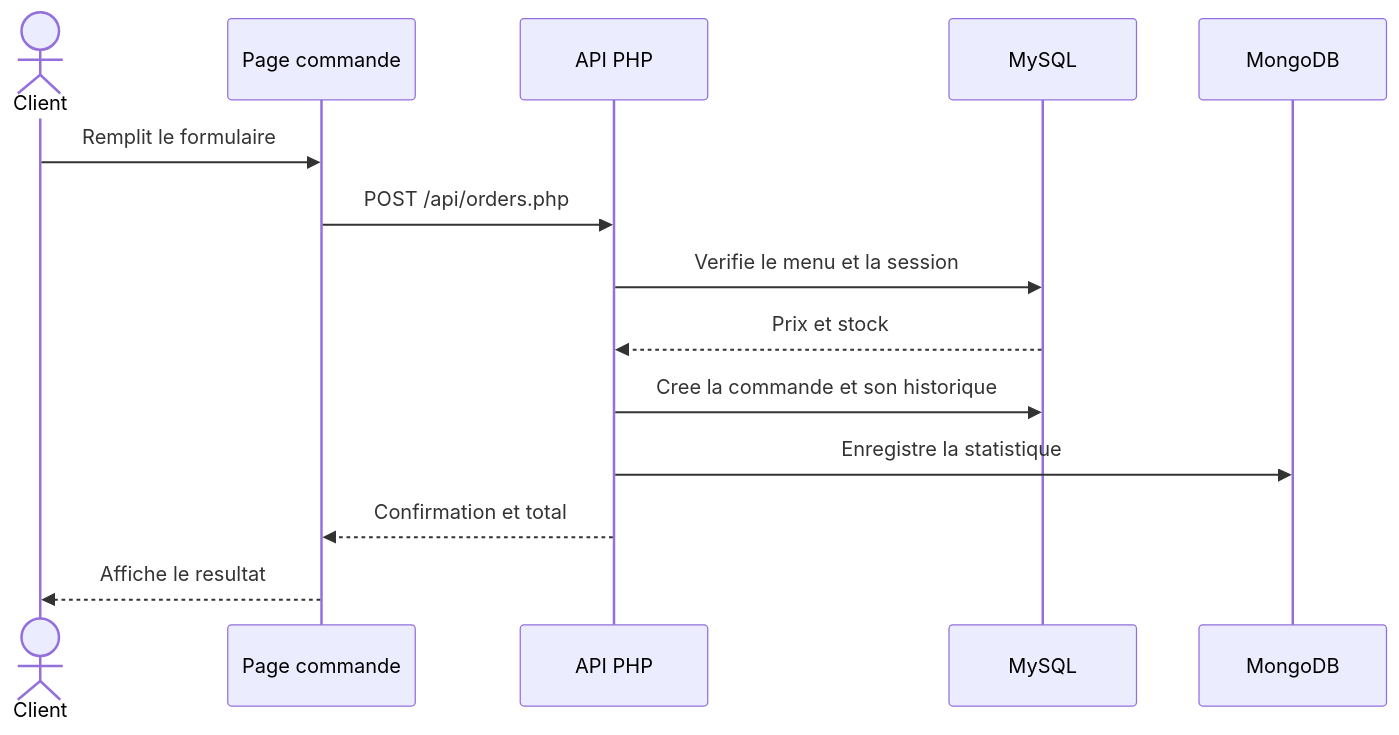
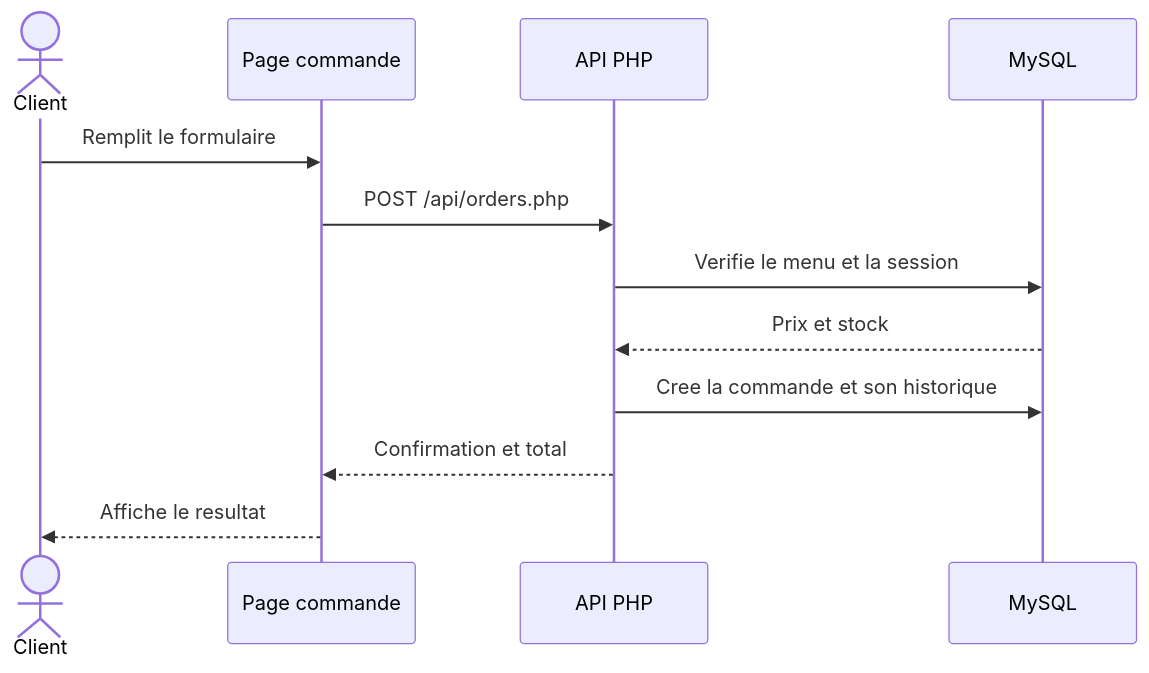
Before and after one commit to Lisbeth7788/Vite-et-Gourmand: the third of 3 diagrams in docs/diagrammes.md, drawn with Mermaid. The commit also changed 21 other files, not shown here.

````diff
--- a/docs/diagrammes.md
+++ b/docs/diagrammes.md
@@ -42,16 +42,14 @@
 ```mermaid
 sequenceDiagram
   actor Client
   participant Page as Page commande
   participant PHP as API PHP
   participant SQL as MySQL
-  participant NoSQL as MongoDB
   Client->>Page: Remplit le formulaire
   Page->>PHP: POST /api/orders.php
   PHP->>SQL: Verifie le menu et la session
   SQL-->>PHP: Prix et stock
   PHP->>SQL: Cree la commande et son historique
-  PHP->>NoSQL: Enregistre la statistique
   PHP-->>Page: Confirmation et total
   Page-->>Client: Affiche le resultat
 ```
````
